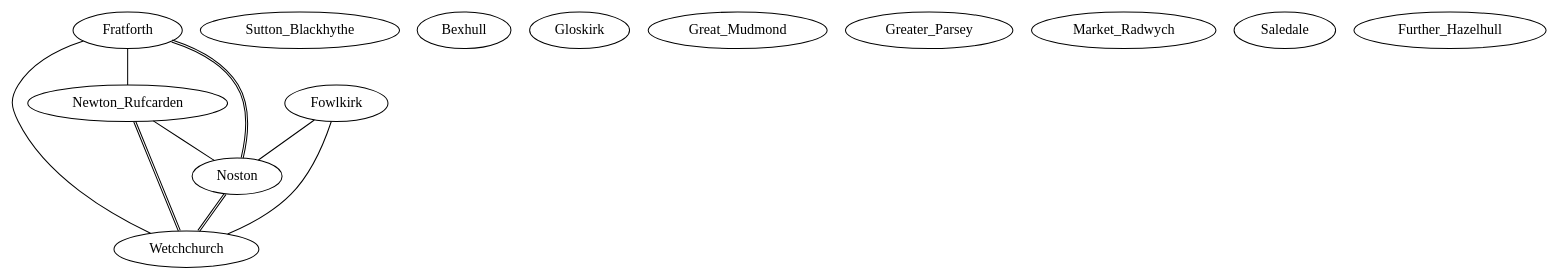
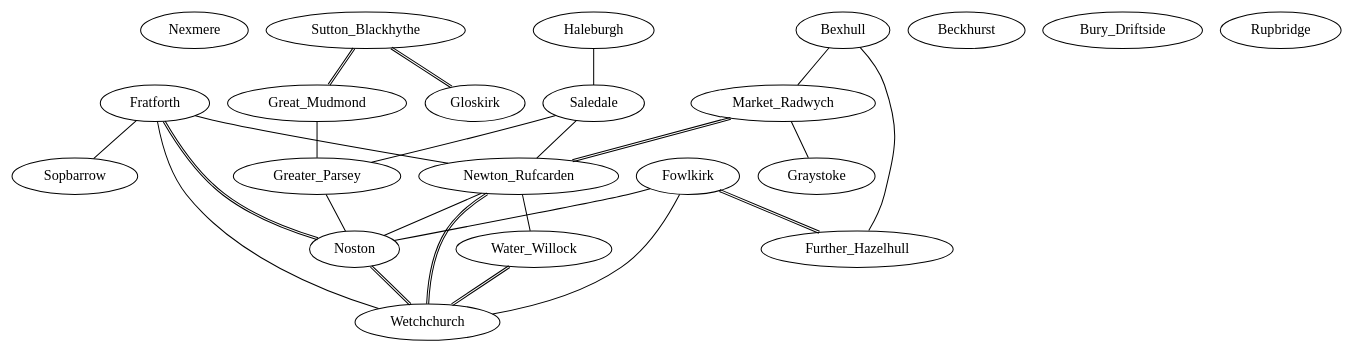
Before and after one commit to Spagooni/base_java_project---Copy: the diagram in simoutput.dot, drawn with Graphviz. The commit also changed 40 other files, not shown here.

```diff
--- a/simoutput.dot
+++ b/simoutput.dot
@@ -1,23 +1,46 @@
 graph Towns {
+    Nexmere
     Fratforth
     Sutton_Blackhythe
     Bexhull
     Wetchchurch
     Newton_Rufcarden
     Gloskirk
+    Graystoke
+    Sopbarrow
+    Haleburgh
     Great_Mudmond
     Noston
     Greater_Parsey
     Market_Radwych
     Fowlkirk
+    Beckhurst
+    Bury_Driftside
+    Rupbridge
+    Water_Willock
     Saledale
     Further_Hazelhull
-    Newton_Rufcarden -- Noston
+    Saledale -- Newton_Rufcarden
     Newton_Rufcarden -- Wetchchurch [color="black:black"]
-    Fratforth -- Wetchchurch
-    Fratforth -- Noston [color="black:black"]
+    Great_Mudmond -- Greater_Parsey
     Noston -- Wetchchurch [color="black:black"]
-    Fowlkirk -- Wetchchurch
+    Bexhull -- Market_Radwych
+    Sutton_Blackhythe -- Gloskirk [color="black:black"]
     Fratforth -- Newton_Rufcarden
     Fowlkirk -- Noston
+    Greater_Parsey -- Noston
+    Market_Radwych -- Graystoke
+    Newton_Rufcarden -- Noston
+    Haleburgh -- Saledale
+    Water_Willock -- Wetchchurch [color="black:black"]
+    Fratforth -- Wetchchurch
+    Bexhull -- Further_Hazelhull
+    Fowlkirk -- Further_Hazelhull [color="black:black"]
+    Fratforth -- Noston [color="black:black"]
+    Market_Radwych -- Newton_Rufcarden [color="black:black"]
+    Fowlkirk -- Wetchchurch
+    Fratforth -- Sopbarrow
+    Sutton_Blackhythe -- Great_Mudmond [color="black:black"]
+    Newton_Rufcarden -- Water_Willock
+    Saledale -- Greater_Parsey
 }
```
